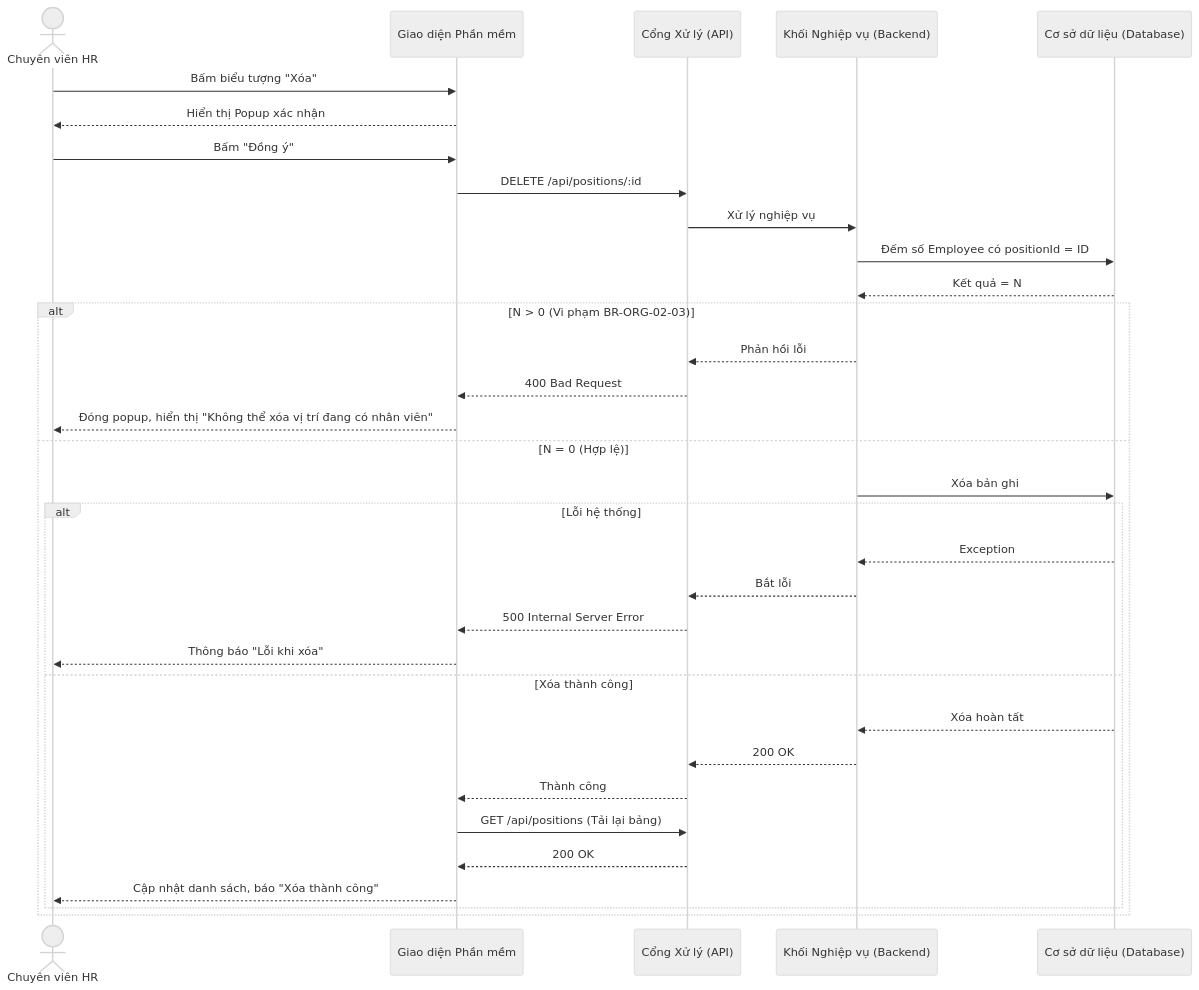
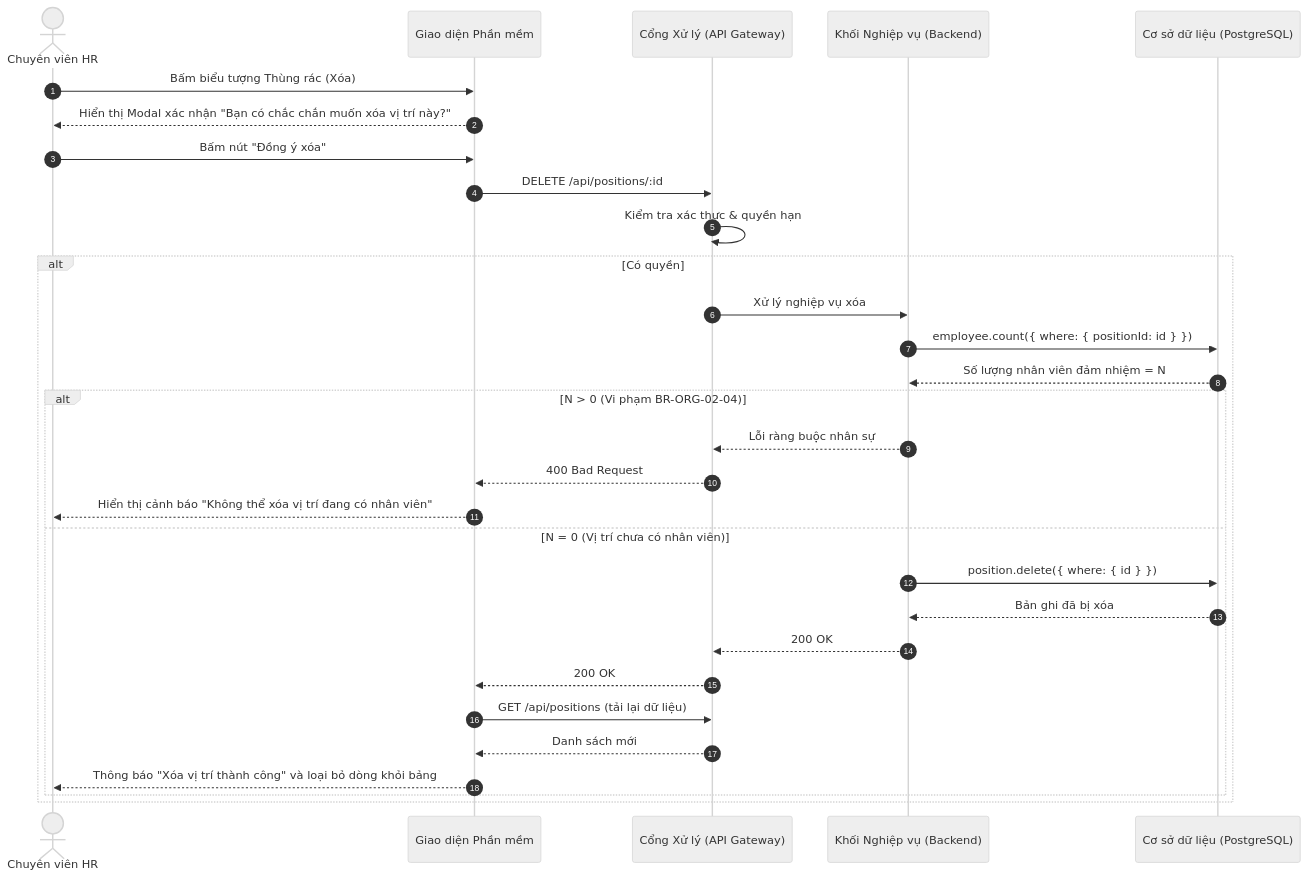
One commit to aye2710/HRM-DATN changed the fourth of 4 diagrams in docs/Tài liệu phân tích nghiệp vụ từng module/Module Tổ chức/Chuc-nang-Quan-ly-Vi-tri.md. Above: the diagram before and after it, drawn with Mermaid (neutral theme). The commit also changed other lines of this file and 27 other files, not shown here.

````diff
--- a/docs/Tài liệu phân tích nghiệp vụ từng module/Module Tổ chức/Chuc-nang-Quan-ly-Vi-tri.md
+++ b/docs/Tài liệu phân tích nghiệp vụ từng module/Module Tổ chức/Chuc-nang-Quan-ly-Vi-tri.md
@@ -138,38 +208,35 @@
 ```mermaid
 sequenceDiagram
+    autonumber
     actor HR as Chuyên viên HR
     participant FE as Giao diện Phần mềm
-    participant API as Cổng Xử lý (API)
+    participant API as Cổng Xử lý (API Gateway)
     participant BE as Khối Nghiệp vụ (Backend)
-    participant DB as Cơ sở dữ liệu (Database)
+    participant DB as Cơ sở dữ liệu (PostgreSQL)
 
-    HR->>FE: Bấm biểu tượng "Xóa"
-    FE-->>HR: Hiển thị Popup xác nhận
+    HR->>FE: Bấm biểu tượng Thùng rác (Xóa)
+    FE-->>HR: Hiển thị Modal xác nhận "Bạn có chắc chắn muốn xóa vị trí này?"
     
-    HR->>FE: Bấm "Đồng ý"
+    HR->>FE: Bấm nút "Đồng ý xóa"
     FE->>API: DELETE /api/positions/:id
-    API->>BE: Xử lý nghiệp vụ
-    BE->>DB: Đếm số Employee có positionId = ID
-    DB-->>BE: Kết quả = N
     
-    alt N > 0 (Vi phạm BR-ORG-02-03)
-        BE-->>API: Phản hồi lỗi
-        API-->>FE: 400 Bad Request
-        FE-->>HR: Đóng popup, hiển thị "Không thể xóa vị trí đang có nhân viên"
-    else N = 0 (Hợp lệ)
-        BE->>DB: Xóa bản ghi
-        alt Lỗi hệ thống
-            DB-->>BE: Exception
-            BE-->>API: Bắt lỗi
-            API-->>FE: 500 Internal Server Error
-            FE-->>HR: Thông báo "Lỗi khi xóa"
-        else Xóa thành công
-            DB-->>BE: Xóa hoàn tất
+    API->>API: Kiểm tra xác thực & quyền hạn
+    alt Có quyền
+        API->>BE: Xử lý nghiệp vụ xóa
+        BE->>DB: employee.count({ where: { positionId: id } })
+        DB-->>BE: Số lượng nhân viên đảm nhiệm = N
+        alt N > 0 (Vi phạm BR-ORG-02-04)
+            BE-->>API: Lỗi ràng buộc nhân sự
+            API-->>FE: 400 Bad Request
+            FE-->>HR: Hiển thị cảnh báo "Không thể xóa vị trí đang có nhân viên"
+        else N = 0 (Vị trí chưa có nhân viên)
+            BE->>DB: position.delete({ where: { id } })
+            DB-->>BE: Bản ghi đã bị xóa
             BE-->>API: 200 OK
-            API-->>FE: Thành công
-            FE->>API: GET /api/positions (Tải lại bảng)
             API-->>FE: 200 OK
-            FE-->>HR: Cập nhật danh sách, báo "Xóa thành công"
+            FE->>API: GET /api/positions (tải lại dữ liệu)
+            API-->>FE: Danh sách mới
+            FE-->>HR: Thông báo "Xóa vị trí thành công" và loại bỏ dòng khỏi bảng
         end
     end
 ```
````
